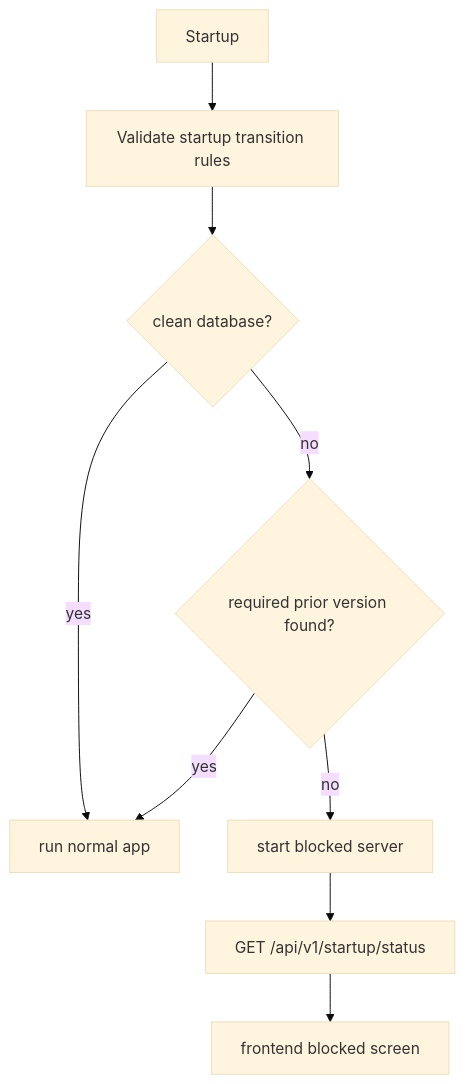
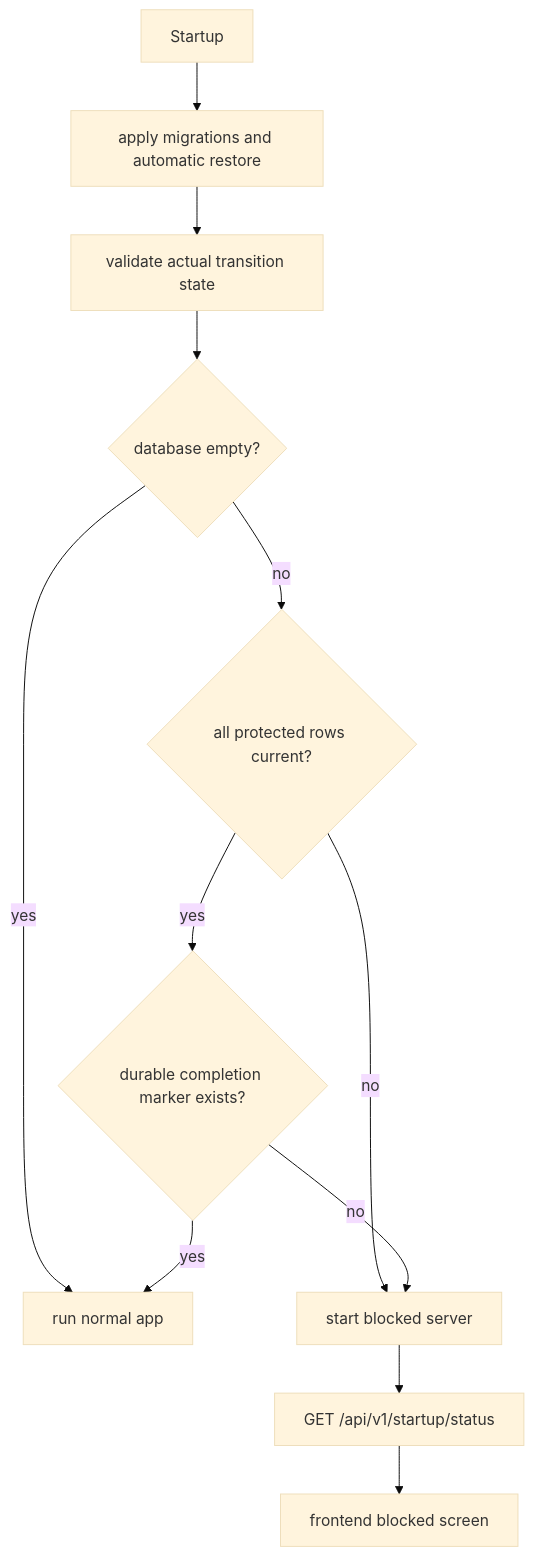
The fourth of 4 diagrams in docs/technical/20-database-integrity.md (bvdcode/cotton), drawn with Mermaid (base theme) before and after one commit. The commit also changed other lines of this file and 8 other files, not shown here.

````diff
--- a/docs/technical/20-database-integrity.md
+++ b/docs/technical/20-database-integrity.md
@@ -311,11 +311,14 @@
 ```mermaid
 flowchart TD
-    Start[Startup] --> Validate[Validate startup transition rules]
-    Validate --> Clean{clean database?}
+    Start[Startup] --> Migrate[apply migrations and automatic restore]
+    Migrate --> Validate[validate actual transition state]
+    Validate --> Clean{database empty?}
     Clean -- yes --> Run[run normal app]
-    Clean -- no --> Required{required prior version found?}
-    Required -- yes --> Run
-    Required -- no --> Block[start blocked server]
+    Clean -- no --> Signed{all protected rows current?}
+    Signed -- no --> Block[start blocked server]
+    Signed -- yes --> Marker{durable completion marker exists?}
+    Marker -- yes --> Run
+    Marker -- no --> Block
     Block --> Status[GET /api/v1/startup/status]
     Status --> Spa[frontend blocked screen]
 ```
````
